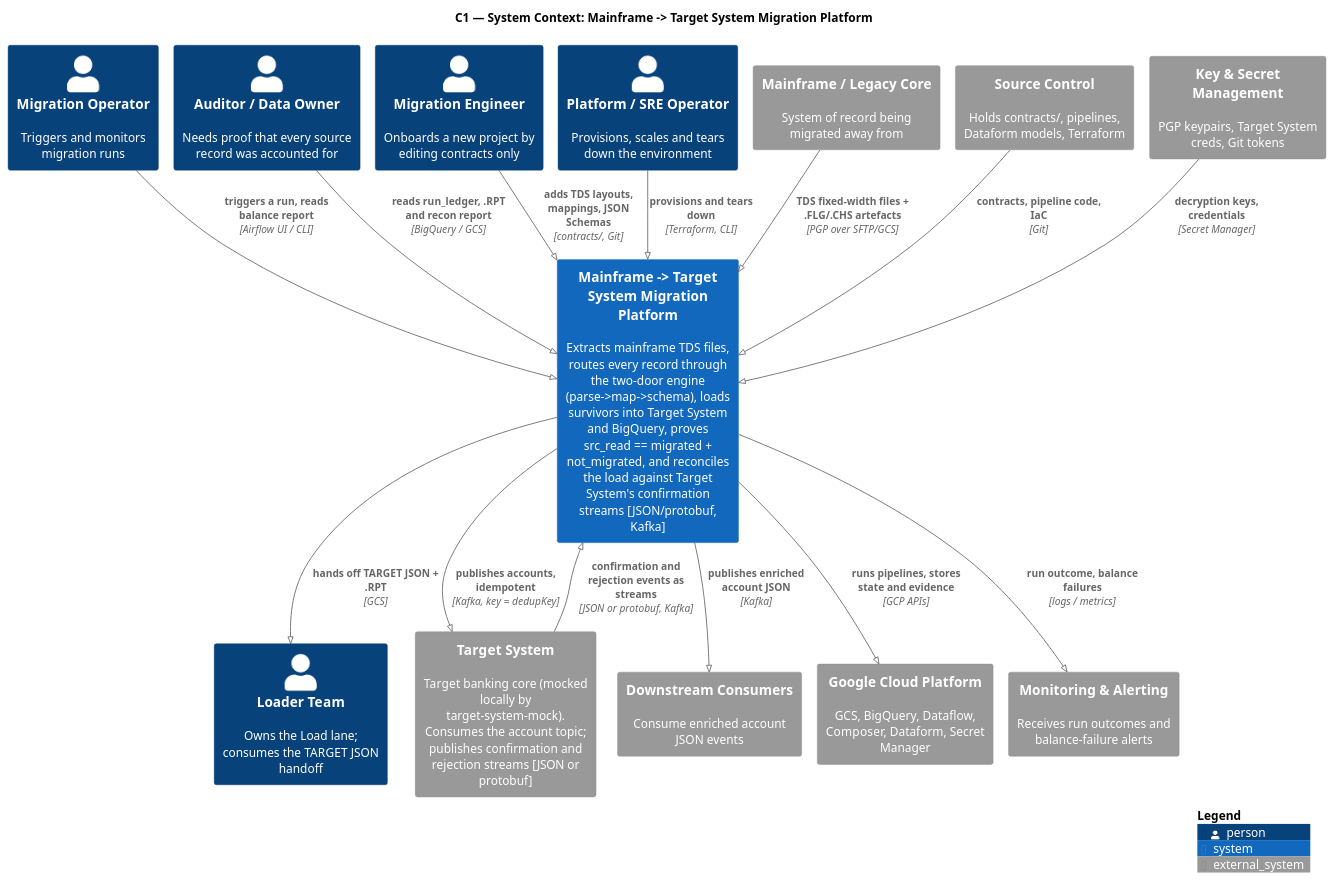
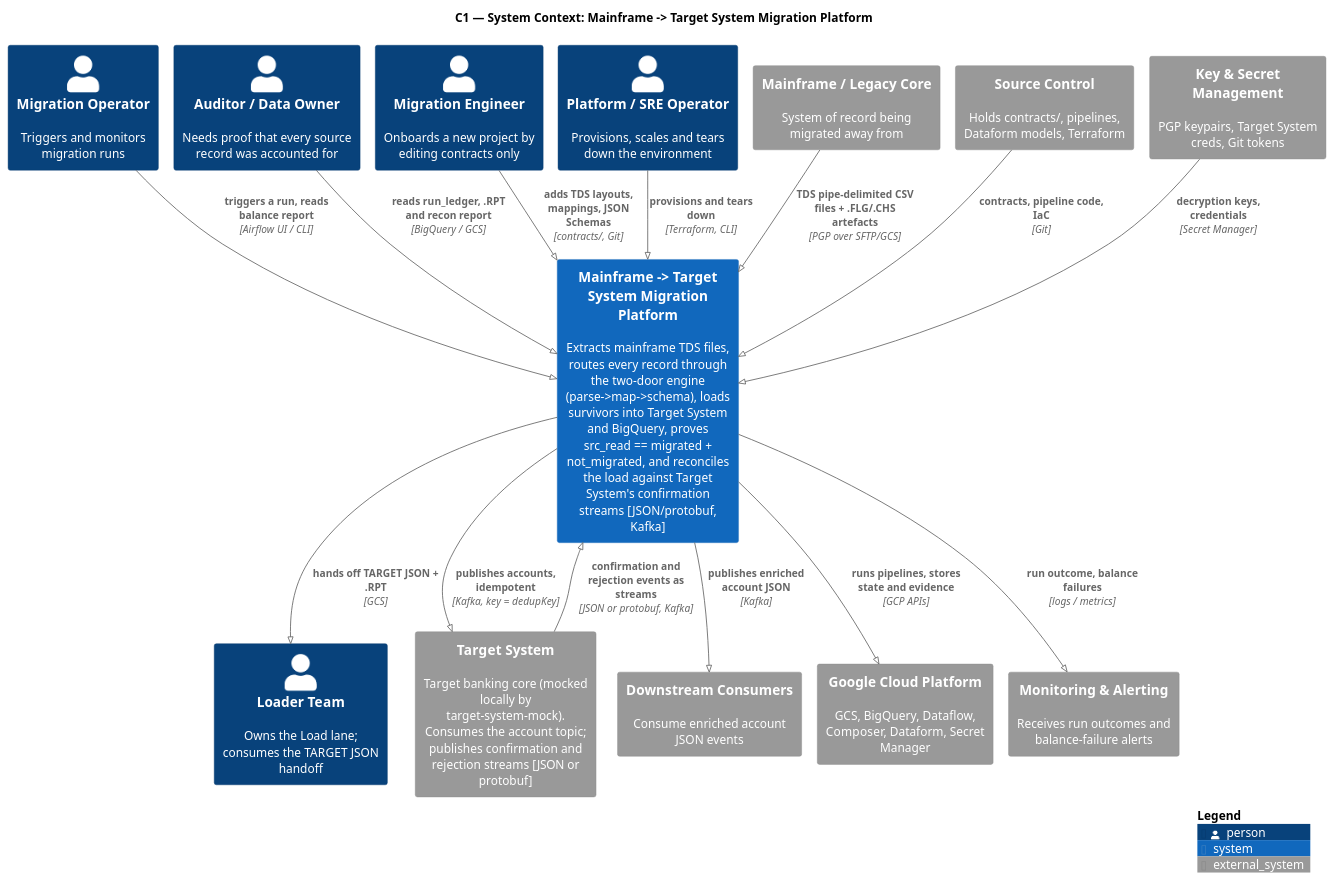
Before and after one commit to adrian-balaban/test-gcp-dataflow-dataform-cloud-composer: the diagram in docs/plantuml/readme-03-c1-system-context.puml, drawn with PlantUML. The commit also changed 45 other files, not shown here.

First line of the commit message:
feat: switch source input to pipe-delimited CSV, drop the copybook path

```diff
--- a/docs/plantuml/readme-03-c1-system-context.puml
+++ b/docs/plantuml/readme-03-c1-system-context.puml
@@ -1,41 +1,41 @@
 @startuml readme-03-c1-system-context
 ' PlantUML equivalent of README.md "Slide 3 — C1, System Context"
 ' Uses the C4-PlantUML stdlib shipped with PlantUML.
 !pragma layout smetana
 !include <C4/C4_Context>
 
 title C1 — System Context: Mainframe -> Target System Migration Platform
 
 Person(MO,  "Migration Operator",      "Triggers and monitors migration runs")
 Person(AUD, "Auditor / Data Owner",    "Needs proof that every source record was accounted for")
 Person(ENG, "Migration Engineer",      "Onboards a new project by editing contracts only")
 Person(SRE, "Platform / SRE Operator", "Provisions, scales and tears down the environment")
 Person(LDT, "Loader Team",             "Owns the Load lane; consumes the TARGET JSON handoff")
 
 System(SYS, "Mainframe -> Target System Migration Platform", "Extracts mainframe TDS files, routes every record through the two-door engine (parse->map->schema), loads survivors into Target System and BigQuery, proves src_read == migrated + not_migrated, and reconciles the load against Target System's confirmation streams [JSON/protobuf, Kafka]")
 
 System_Ext(MF,   "Mainframe / Legacy Core",   "System of record being migrated away from")
 System_Ext(VC,   "Target System",             "Target banking core (mocked locally by target-system-mock). Consumes the account topic; publishes confirmation and rejection streams [JSON or protobuf]")
 System_Ext(DS,   "Downstream Consumers",      "Consume enriched account JSON events")
 System_Ext(PLAT, "Google Cloud Platform",     "GCS, BigQuery, Dataflow, Composer, Dataform, Secret Manager")
 System_Ext(SCM,  "Source Control",            "Holds contracts/, pipelines, Dataform models, Terraform")
 System_Ext(KMS,  "Key & Secret Management",   "PGP keypairs, Target System creds, Git tokens")
 System_Ext(MON,  "Monitoring & Alerting",     "Receives run outcomes and balance-failure alerts")
 
 Rel(MO,  SYS, "triggers a run, reads balance report", "Airflow UI / CLI")
 Rel(ENG, SYS, "adds TDS layouts, mappings, JSON Schemas", "contracts/, Git")
 Rel(AUD, SYS, "reads run_ledger, .RPT and recon report", "BigQuery / GCS")
 Rel(SRE, SYS, "provisions and tears down", "Terraform, CLI")
 Rel(SYS, LDT, "hands off TARGET JSON + .RPT", "GCS")
 
-Rel(MF,  SYS, "TDS fixed-width files + .FLG/.CHS artefacts", "PGP over SFTP/GCS")
+Rel(MF,  SYS, "TDS pipe-delimited CSV files + .FLG/.CHS artefacts", "PGP over SFTP/GCS")
 Rel(SYS, VC,  "publishes accounts, idempotent", "Kafka, key = dedupKey")
 Rel(VC,  SYS, "confirmation and rejection events as streams", "JSON or protobuf, Kafka")
 Rel(SYS, DS,  "publishes enriched account JSON", "Kafka")
 Rel(SYS, PLAT,"runs pipelines, stores state and evidence", "GCP APIs")
 Rel(SCM, SYS, "contracts, pipeline code, IaC", "Git")
 Rel(KMS, SYS, "decryption keys, credentials", "Secret Manager")
 Rel(SYS, MON, "run outcome, balance failures", "logs / metrics")
 
 SHOW_LEGEND()
 @enduml
```
